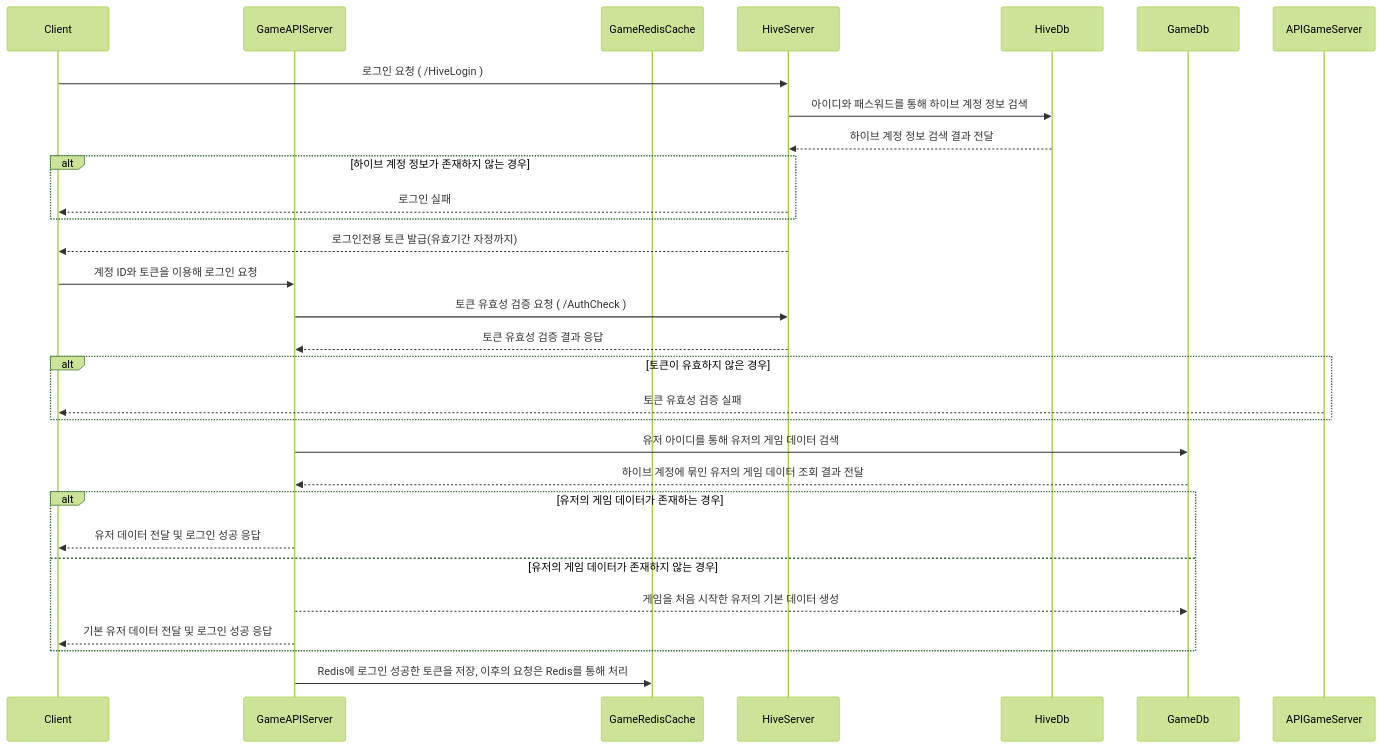
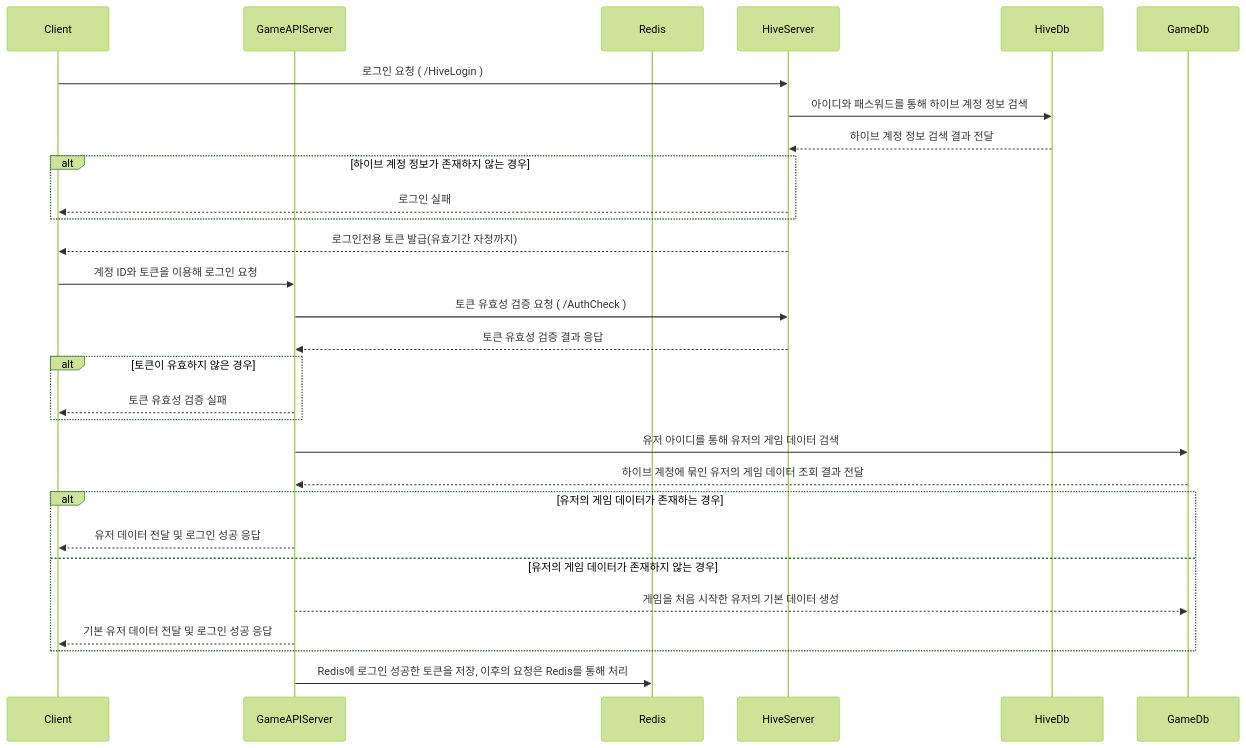
One commit to ks-wook/com2us_omok_server changed the second of 2 diagrams in SequenceDiagram.md. Above: the diagram before and after it, drawn with Mermaid (forest theme). The commit also changed other lines of this file, not shown here.

Commit message:
로그인 api 최종 수정

````diff
--- a/SequenceDiagram.md
+++ b/SequenceDiagram.md
@@ -32,37 +32,37 @@
 ```mermaid
 sequenceDiagram
     
     participant Client
     participant GameAPIServer
-    participant GameRedisCache
+    participant Redis
     participant HiveServer
     participant HiveDb
     participant GameDb
 
 
     Client             ->> HiveServer:        로그인 요청 ( /HiveLogin )
     HiveServer         ->> HiveDb:            아이디와 패스워드를 통해 하이브 계정 정보 검색
     HiveDb            -->> HiveServer:        하이브 계정 정보 검색 결과 전달
     alt 하이브 계정 정보가 존재하지 않는 경우
         HiveServer    -->> Client:            로그인 실패
     end
 
     HiveServer        -->> Client:            로그인전용 토큰 발급(유효기간 자정까지)
     Client             ->> GameAPIServer:     계정 ID와 토큰을 이용해 로그인 요청
     GameAPIServer      ->> HiveServer:        토큰 유효성 검증 요청 ( /AuthCheck )
     HiveServer        -->> GameAPIServer:     토큰 유효성 검증 결과 응답
     alt 토큰이 유효하지 않은 경우
-        APIGameServer -->> Client:            토큰 유효성 검증 실패
+        GameAPIServer -->> Client:            토큰 유효성 검증 실패
     end
 
     GameAPIServer      ->> GameDb:            유저 아이디를 통해 유저의 게임 데이터 검색
     GameDb            -->> GameAPIServer:     하이브 계정에 묶인 유저의 게임 데이터 조회 결과 전달
     alt 유저의 게임 데이터가 존재하는 경우
         GameAPIServer -->> Client:            유저 데이터 전달 및 로그인 성공 응답
     else 유저의 게임 데이터가 존재하지 않는 경우
         GameAPIServer -->> GameDb:            게임을 처음 시작한 유저의 기본 데이터 생성
         GameAPIServer -->> Client:            기본 유저 데이터 전달 및 로그인 성공 응답
     end
-    GameAPIServer      ->> GameRedisCache:    Redis에 로그인 성공한 토큰을 저장, 이후의 요청은 Redis를 통해 처리
-    
+    GameAPIServer      ->> Redis:    Redis에 로그인 성공한 토큰을 저장, 이후의 요청은 Redis를 통해 처리
+
 ```
````
